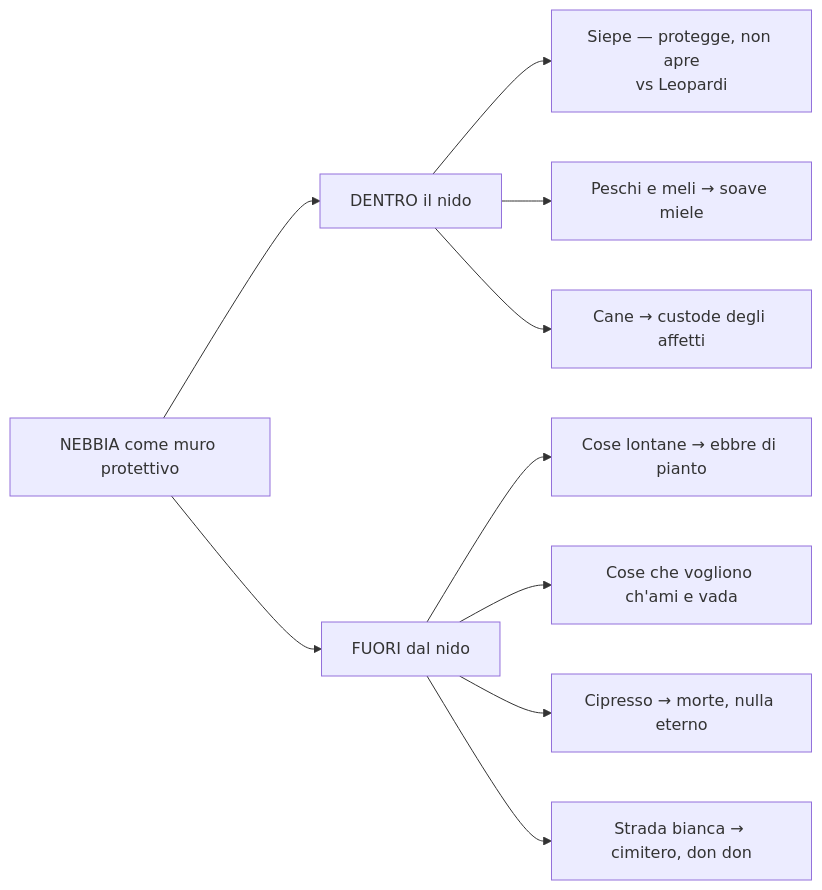
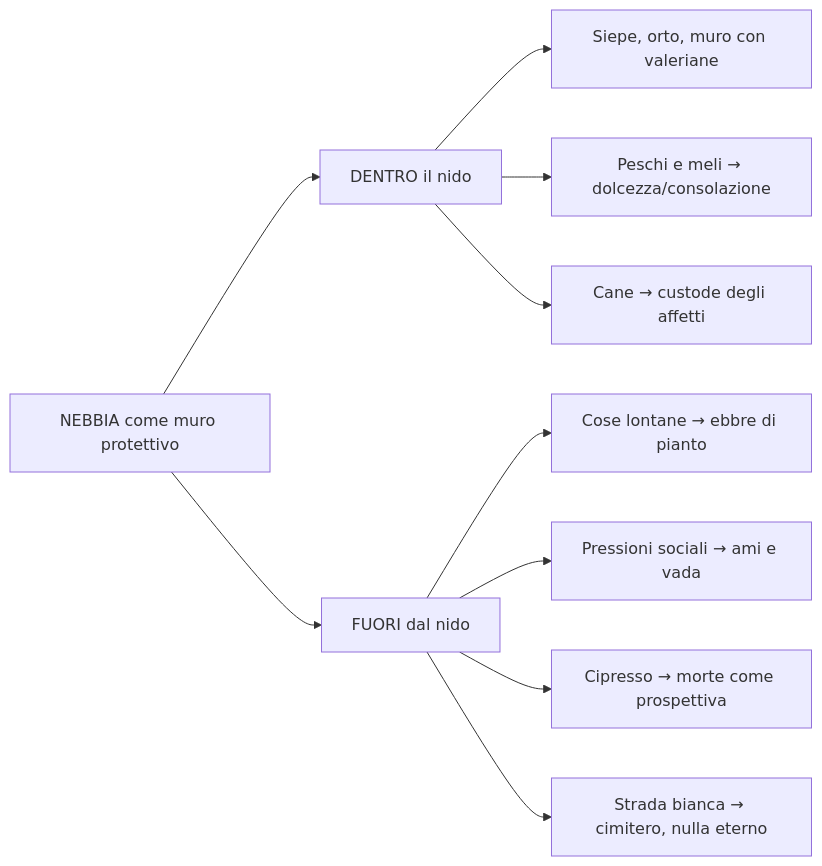
The third of 5 diagrams in italiano/pascoli/riassunto.md (riccardo-algorime/appunti-5Bsa), drawn with Mermaid before and after one commit. The commit also changed other lines of this file and 7 other files, not shown here.

````diff
--- a/italiano/pascoli/riassunto.md
+++ b/italiano/pascoli/riassunto.md
@@ -379,12 +230,12 @@
 ```mermaid
 flowchart LR
     A[NEBBIA come muro protettivo] --> B[DENTRO il nido]
     A --> C[FUORI dal nido]
-    B --> D[Siepe — protegge, non apre<br/>vs Leopardi]
-    B --> E[Peschi e meli → soave miele]
+    B --> D[Siepe, orto, muro con valeriane]
+    B --> E[Peschi e meli → dolcezza/consolazione]
     B --> F[Cane → custode degli affetti]
     C --> G[Cose lontane → ebbre di pianto]
-    C --> H[Cose che vogliono ch'ami e vada]
-    C --> I[Cipresso → morte, nulla eterno]
-    C --> J[Strada bianca → cimitero, don don]
+    C --> H[Pressioni sociali → ami e vada]
+    C --> I[Cipresso → morte come prospettiva]
+    C --> J[Strada bianca → cimitero, nulla eterno]
 ```
````
